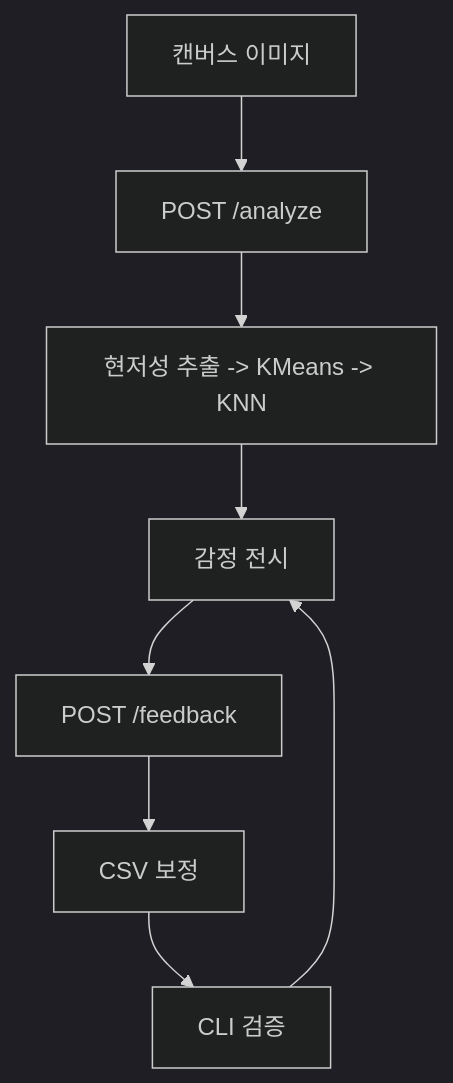
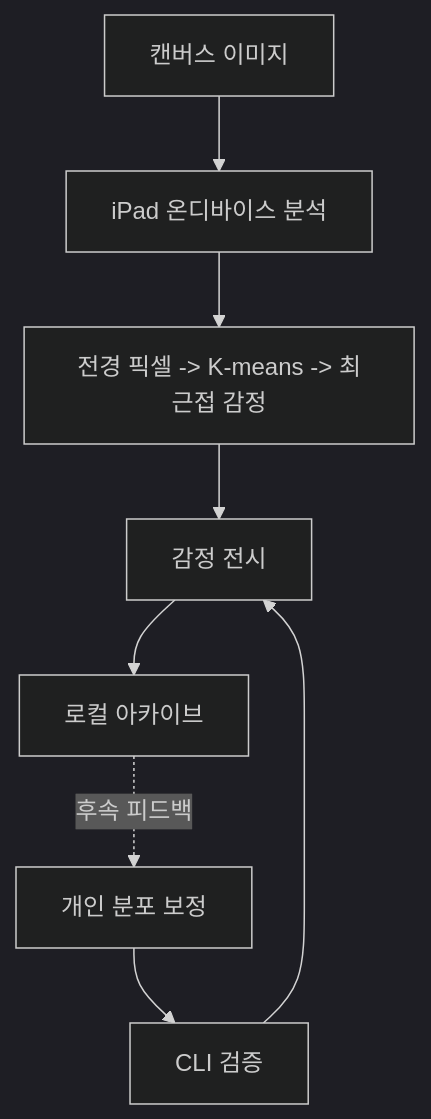
One commit to acertainromance401/SentiVision changed the second of 2 diagrams in Project_Descriptions/User_Journey_Scenario_SentiVision.md. Above: the diagram before and after it, drawn with Mermaid (dark theme). The commit also changed other lines of this file and 20 other files, not shown here.

````diff
--- a/Project_Descriptions/User_Journey_Scenario_SentiVision.md
+++ b/Project_Descriptions/User_Journey_Scenario_SentiVision.md
@@ -127,10 +139,10 @@
 ```mermaid
 flowchart TB
-  U[캔버스 이미지] --> A[POST /analyze]
-  A --> P[현저성 추출 -> KMeans -> KNN]
+  U[캔버스 이미지] --> A[iPad 온디바이스 분석]
+  A --> P[전경 픽셀 -> K-means -> 최근접 감정]
   P --> R[감정 전시]
-  R --> F[POST /feedback]
-  F --> D[CSV 보정]
+  R --> F[로컬 아카이브]
+  F -. 후속 피드백 .-> D[개인 분포 보정]
   D --> C[CLI 검증]
   C --> R
 ```
````
